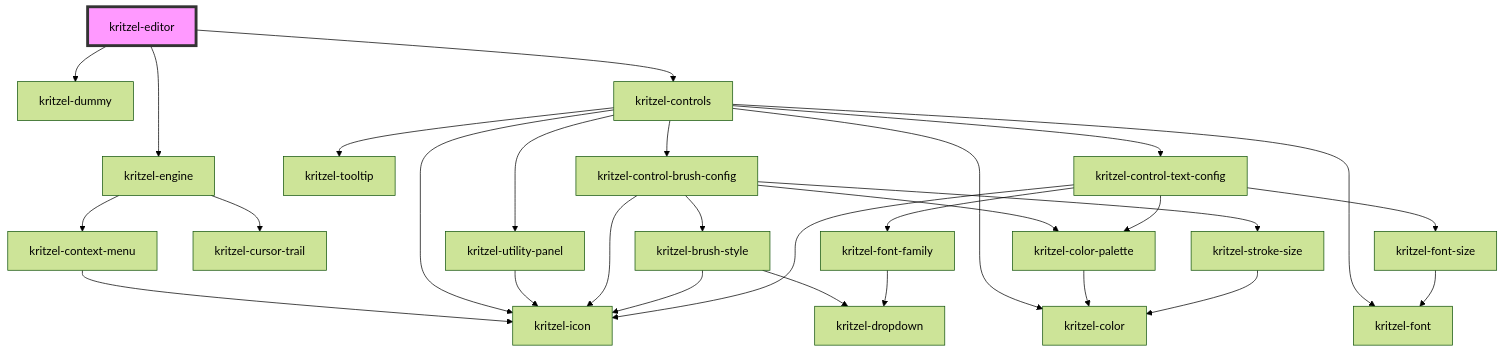
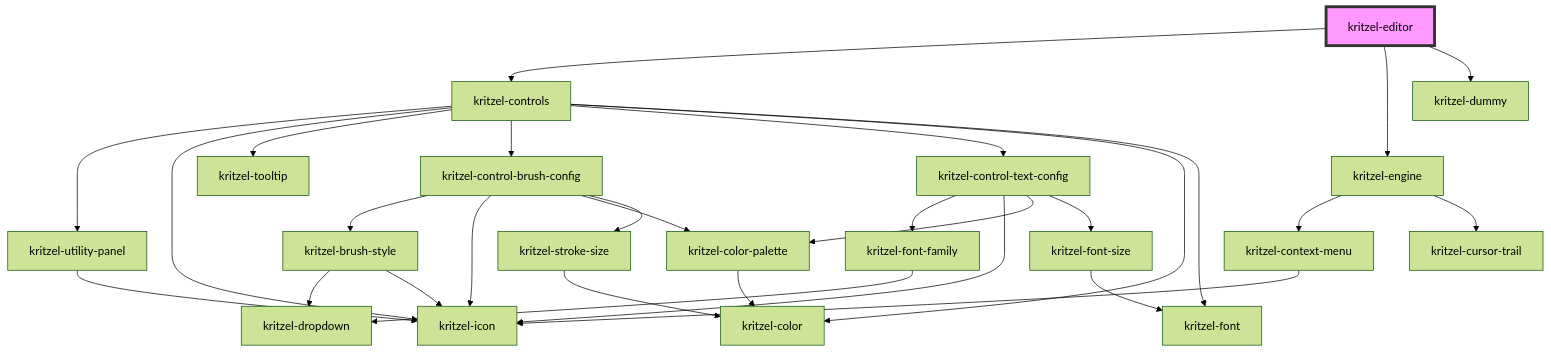
One commit to kasual1/kritzel changed the diagram in packages/libs/kritzel-stencil/src/components/core/kritzel-editor/readme.md. Above: the diagram before and after it, drawn with Mermaid (forest theme). The commit also changed other lines of this file and 5 other files, not shown here.

Commit message:
Use kritzel-editor as dummy-top

````diff
--- a/packages/libs/kritzel-stencil/src/components/core/kritzel-editor/readme.md
+++ b/packages/libs/kritzel-stencil/src/components/core/kritzel-editor/readme.md
@@ -26,32 +26,32 @@
 ```mermaid
 graph TD;
+  kritzel-editor --> kritzel-controls
+  kritzel-editor --> kritzel-engine
   kritzel-editor --> kritzel-dummy
-  kritzel-editor --> kritzel-engine
-  kritzel-editor --> kritzel-controls
-  kritzel-engine --> kritzel-context-menu
-  kritzel-engine --> kritzel-cursor-trail
-  kritzel-context-menu --> kritzel-icon
   kritzel-controls --> kritzel-utility-panel
   kritzel-controls --> kritzel-icon
   kritzel-controls --> kritzel-tooltip
   kritzel-controls --> kritzel-control-brush-config
   kritzel-controls --> kritzel-control-text-config
   kritzel-controls --> kritzel-color
   kritzel-controls --> kritzel-font
   kritzel-utility-panel --> kritzel-icon
   kritzel-control-brush-config --> kritzel-brush-style
   kritzel-control-brush-config --> kritzel-icon
   kritzel-control-brush-config --> kritzel-color-palette
   kritzel-control-brush-config --> kritzel-stroke-size
   kritzel-brush-style --> kritzel-dropdown
   kritzel-brush-style --> kritzel-icon
   kritzel-color-palette --> kritzel-color
   kritzel-stroke-size --> kritzel-color
   kritzel-control-text-config --> kritzel-font-family
   kritzel-control-text-config --> kritzel-icon
   kritzel-control-text-config --> kritzel-color-palette
   kritzel-control-text-config --> kritzel-font-size
   kritzel-font-family --> kritzel-dropdown
   kritzel-font-size --> kritzel-font
+  kritzel-engine --> kritzel-context-menu
+  kritzel-engine --> kritzel-cursor-trail
+  kritzel-context-menu --> kritzel-icon
   style kritzel-editor fill:#f9f,stroke:#333,stroke-width:4px
 ```
````
